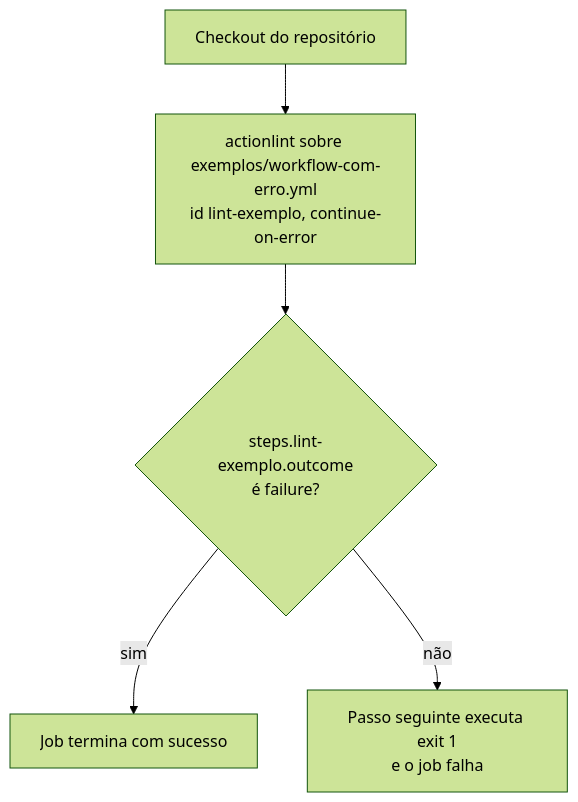
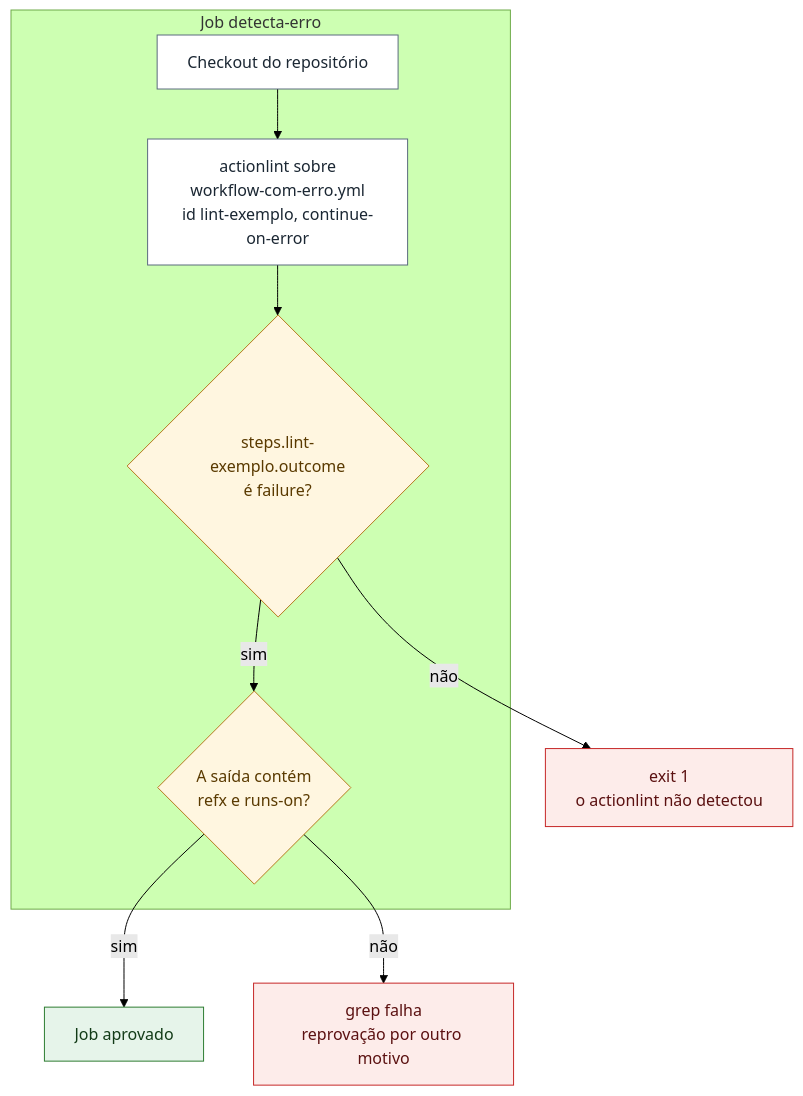
One commit to arkhibr/devops-fluxos-c3dm changed the second of 2 diagrams in cenarios/05-teste-da-esteira/README.md. Above: the diagram before and after it, drawn with Mermaid (forest theme). The commit also changed other lines of this file and 7 other files, not shown here.

First line of the commit message:
docs(cenarios): trechos de workflow, links e diagramas dos cenários 01 a 07 (#25)

````diff
--- a/cenarios/05-teste-da-esteira/README.md
+++ b/cenarios/05-teste-da-esteira/README.md
@@ -19,7 +110,24 @@
 ```mermaid
 flowchart TB
-    A["Checkout do repositório"] --> B["actionlint sobre exemplos/workflow-com-erro.yml<br/>id lint-exemplo, continue-on-error"]
-    B --> C{"steps.lint-exemplo.outcome<br/>é failure?"}
-    C -- "sim" --> D["Job termina com sucesso"]
-    C -- "não" --> E["Passo seguinte executa exit 1<br/>e o job falha"]
+    subgraph job["Job detecta-erro"]
+        A["Checkout do repositório"]:::etapa
+        B["actionlint sobre<br/>workflow-com-erro.yml<br/>id lint-exemplo, continue-on-error"]:::etapa
+        C{"steps.lint-exemplo.outcome<br/>é failure?"}:::verificacao
+        D{"A saída contém<br/>refx e runs-on?"}:::verificacao
+    end
+    E["exit 1<br/>o actionlint não detectou"]:::falha
+    F["grep falha<br/>reprovação por outro motivo"]:::falha
+    S["Job aprovado"]:::sucesso
+    A --> B --> C
+    C -- "não" --> E
+    C -- "sim" --> D
+    D -- "sim" --> S
+    D -- "não" --> F
+
+    classDef gatilho fill:#E8F1FB,stroke:#1F5FA8,color:#0B2545
+    classDef etapa fill:#FFFFFF,stroke:#5B6B7F,color:#1B2733
+    classDef verificacao fill:#FFF6E0,stroke:#B7791F,color:#5A3A00
+    classDef sucesso fill:#E6F4EA,stroke:#2E7D32,color:#123B17
+    classDef falha fill:#FDECEA,stroke:#C62828,color:#5B1111
+    classDef artefato fill:#F3E8FD,stroke:#6A3FB5,color:#2D1457
 ```
````
